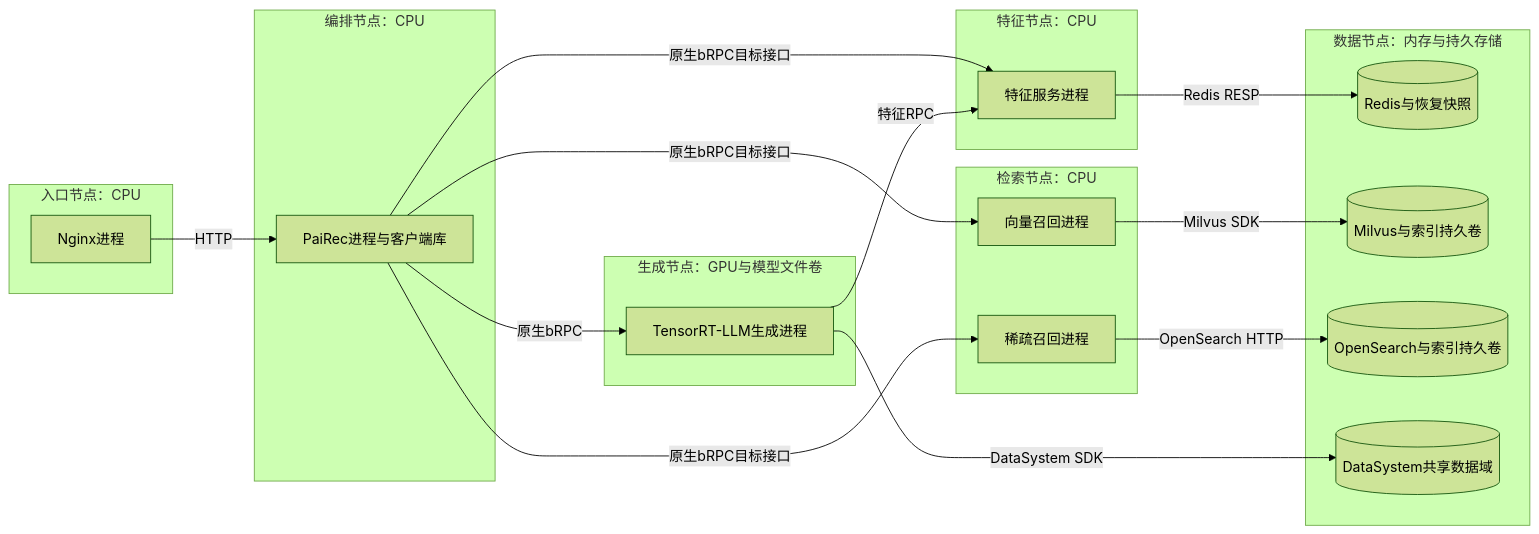
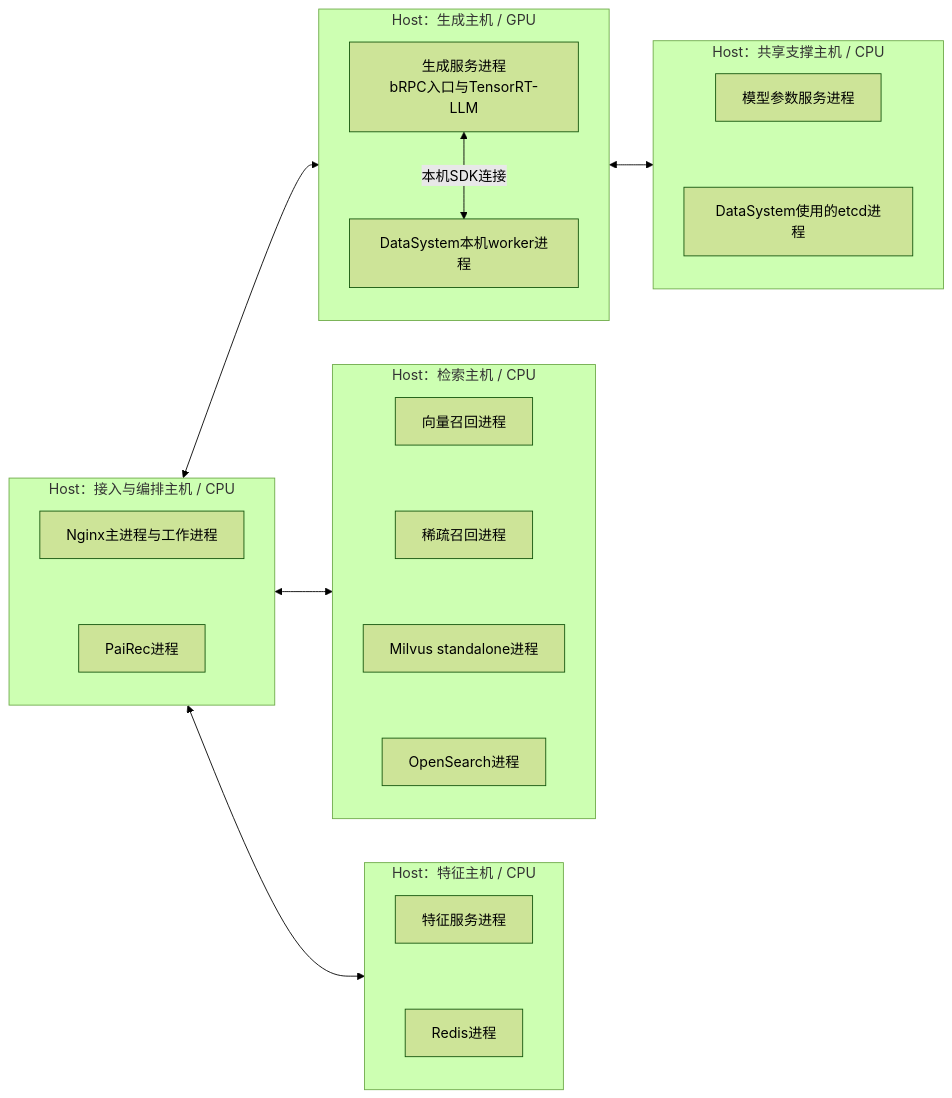
The sixth of 9 diagrams in 01_system.md (bitianyuan123/docs), drawn with Mermaid (forest theme) before and after one commit. The commit also changed other lines of this file and 74 other files, not shown here.

````diff
--- a/01_system.md
+++ b/01_system.md
@@ -198,35 +200,39 @@
 ```mermaid
 flowchart LR
-    subgraph Access[入口节点：CPU]
-        N[Nginx进程]
+    subgraph AppHost[Host：接入与编排主机 / CPU]
+        direction TB
+        N[Nginx主进程与工作进程]
+        P[PaiRec进程]
+        N ~~~ P
     end
-    subgraph App[编排节点：CPU]
-        P[PaiRec进程与客户端库]
+    subgraph FeatureHost[Host：特征主机 / CPU]
+        direction TB
+        F[特征服务进程]
+        R[Redis进程]
+        F ~~~ R
     end
-    subgraph Feature[特征节点：CPU]
-        F[特征服务进程]
-    end
-    subgraph Retrieval[检索节点：CPU]
+    subgraph SearchHost[Host：检索主机 / CPU]
+        direction TB
         V[向量召回进程]
         S[稀疏召回进程]
+        M[Milvus standalone进程]
+        O[OpenSearch进程]
+        V ~~~ S ~~~ M ~~~ O
     end
-    subgraph GPU[生成节点：GPU与模型文件卷]
-        G[TensorRT-LLM生成进程]
+    subgraph GenHost[Host：生成主机 / GPU]
+        direction TB
+        G[生成服务进程<br/>bRPC入口与TensorRT-LLM]
+        GW[DataSystem本机worker进程]
+        G <-->|本机SDK连接| GW
     end
-    subgraph Data[数据节点：内存与持久存储]
-        R[(Redis与恢复快照)]
-        M[(Milvus与索引持久卷)]
-        O[(OpenSearch与索引持久卷)]
-        K[(DataSystem共享数据域)]
+    subgraph SharedHost[Host：共享支撑主机 / CPU]
+        direction TB
+        PS[模型参数服务进程]
+        E[DataSystem使用的etcd进程]
+        PS ~~~ E
     end
-    N -->|HTTP| P
-    P -->|原生bRPC目标接口| F
-    P -->|原生bRPC目标接口| V
-    P -->|原生bRPC目标接口| S
-    P -->|原生bRPC| G
-    G -->|特征RPC| F
-    F -->|Redis RESP| R
-    V -->|Milvus SDK| M
-    S -->|OpenSearch HTTP| O
-    G -->|DataSystem SDK| K
+    AppHost <--> SearchHost
+    AppHost <--> GenHost
+    AppHost <--> FeatureHost
+    GenHost <--> SharedHost
 ```
````
